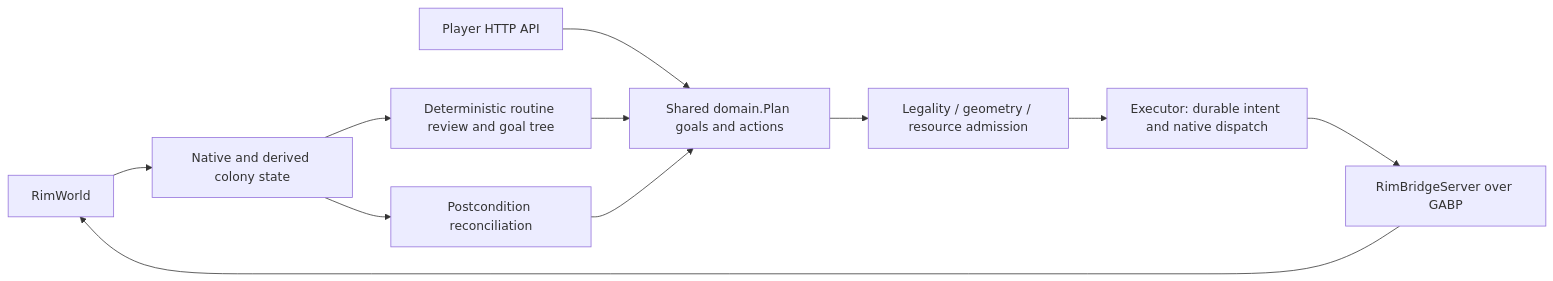
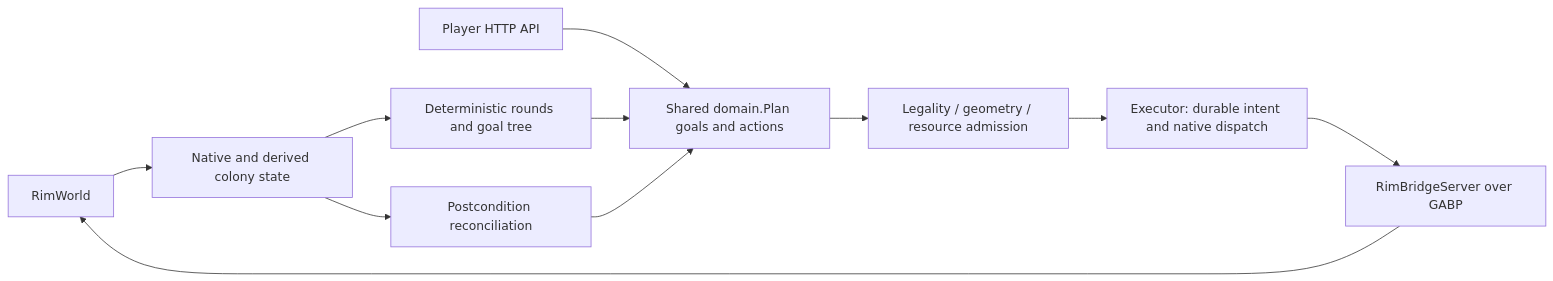
One commit to davidarcher/rimgovernor changed the diagram in docs/developers/source-map.md. Above: the diagram before and after it, drawn with Mermaid. The commit also changed other lines of this file and 347 other files, not shown here.

First line of the commit message:
Rounds: RoutineReview becomes Rounds, RoutineReviewer Rounder, RoutineNeeds RoundsFindings (#1975)

````diff
--- a/docs/developers/source-map.md
+++ b/docs/developers/source-map.md
@@ -9,13 +9,13 @@
 ```mermaid
 flowchart LR
     Game[RimWorld] --> Facts[Native and derived colony state]
-    Facts --> Policy[Deterministic routine review and goal tree]
+    Facts --> Policy[Deterministic rounds and goal tree]
     Player[Player HTTP API] --> Plan[Shared domain.Plan goals and actions]
     Policy --> Plan
     Plan --> Validate[Legality / geometry / resource admission]
     Validate --> Executor[Executor: durable intent and native dispatch]
     Executor --> Bridge[RimBridgeServer over GABP]
     Bridge --> Game
     Facts --> Outcomes[Postcondition reconciliation]
     Outcomes --> Plan
 ```
````
